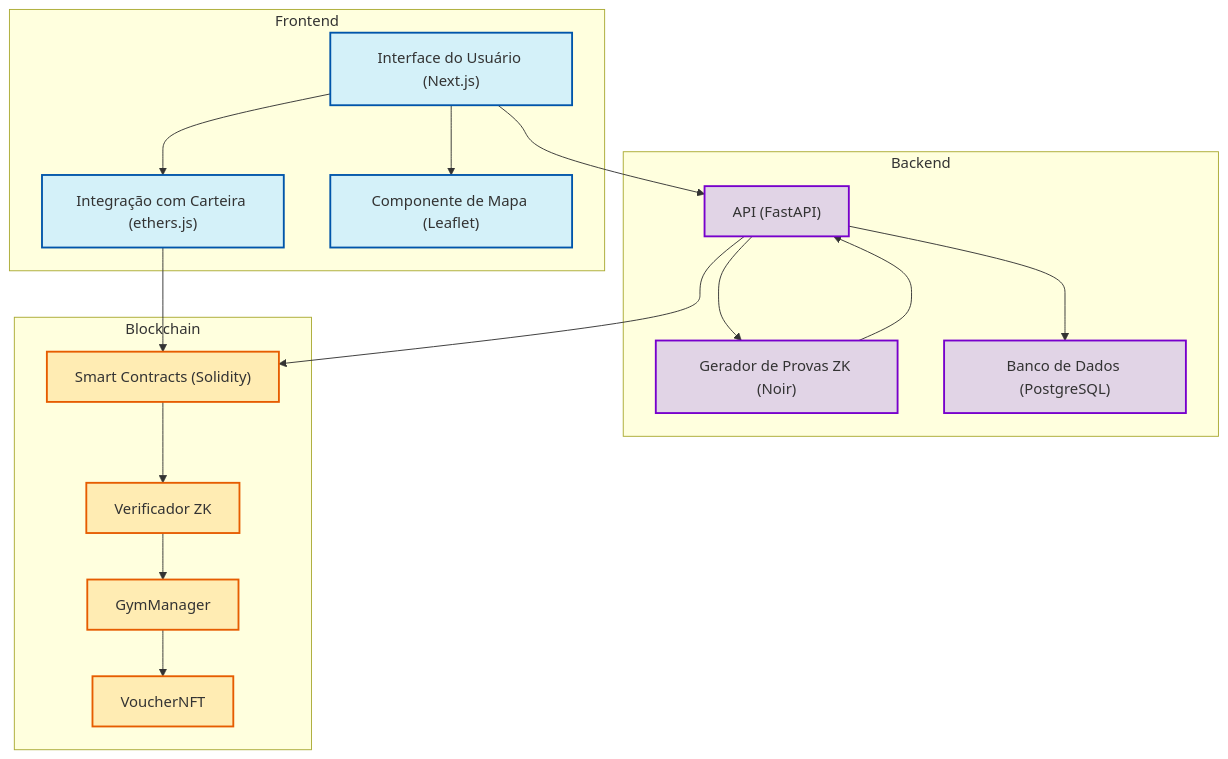
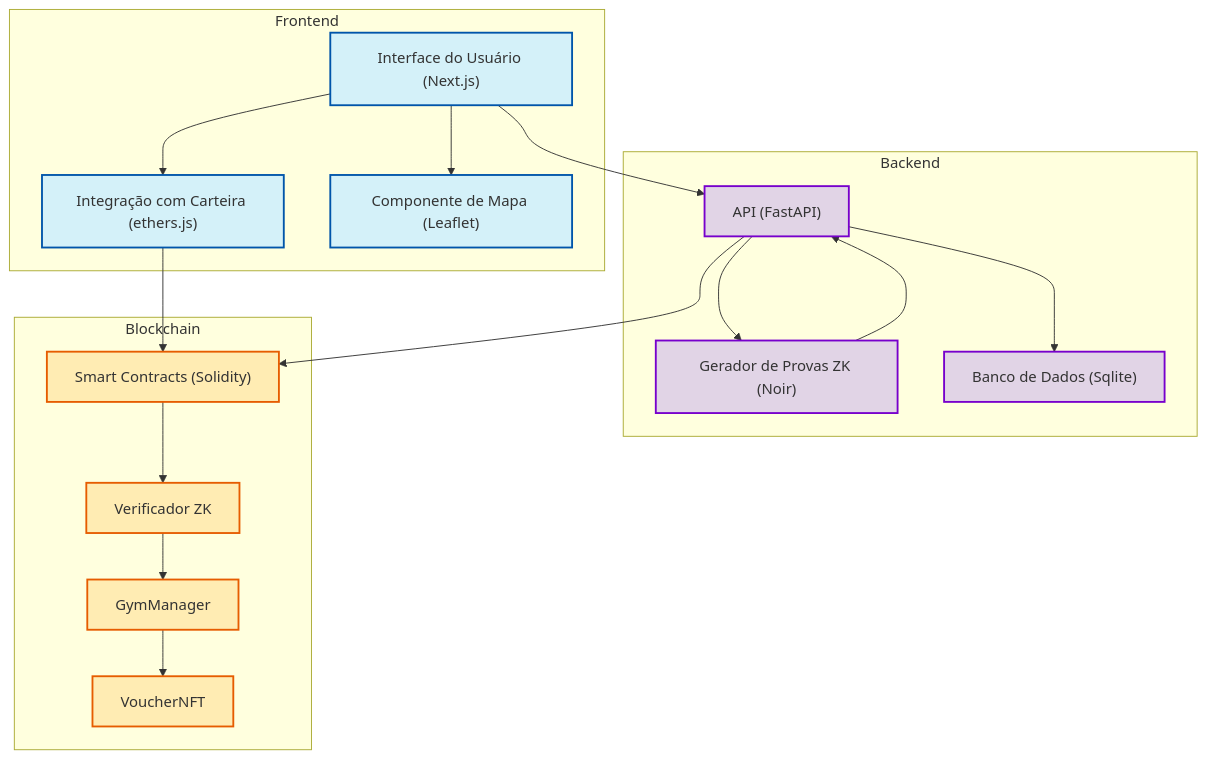
One commit to 0xthiagomartins/hackathon-zkVerify changed the first of 8 diagrams in diagrams.md. Above: the diagram before and after it, drawn with Mermaid. The commit also changed 58 other files, not shown here.

Commit message:
Update .gitignore, diagrams, and backend configurations; remove unused files. Adjusted database reference in diagrams, refined environment variable handling, and improved task documentation for clarity.

````diff
--- a/diagrams.md
+++ b/diagrams.md
@@ -7,36 +7,36 @@
 ```mermaid
 flowchart TB
     subgraph "Frontend"
         UI["Interface do Usuário (Next.js)"]
         WI["Integração com Carteira (ethers.js)"]
         Map["Componente de Mapa (Leaflet)"]
     end
     subgraph "Backend"
         API["API (FastAPI)"]
         ZKP["Gerador de Provas ZK (Noir)"]
-        DB["Banco de Dados (PostgreSQL)"]
+        DB["Banco de Dados (Sqlite)"]
     end
     subgraph "Blockchain"
         SC["Smart Contracts (Solidity)"]
         VC["Verificador ZK"]
         GM["GymManager"]
         VN["VoucherNFT"]
     end
     UI --> Map
     UI --> WI
     WI --> SC
     UI --> API
     API --> ZKP
     API --> DB
     ZKP --> API
     API --> SC
     SC --> VC
     VC --> GM
     GM --> VN
     classDef frontend fill:#d4f1f9,stroke:#05a,stroke-width:2px
     classDef backend fill:#e1d4e6,stroke:#70c,stroke-width:2px
     classDef blockchain fill:#ffecb3,stroke:#e65c00,stroke-width:2px
     class UI,WI,Map frontend
     class API,ZKP,DB backend
     class SC,VC,GM,VN blockchain
 ```
````
